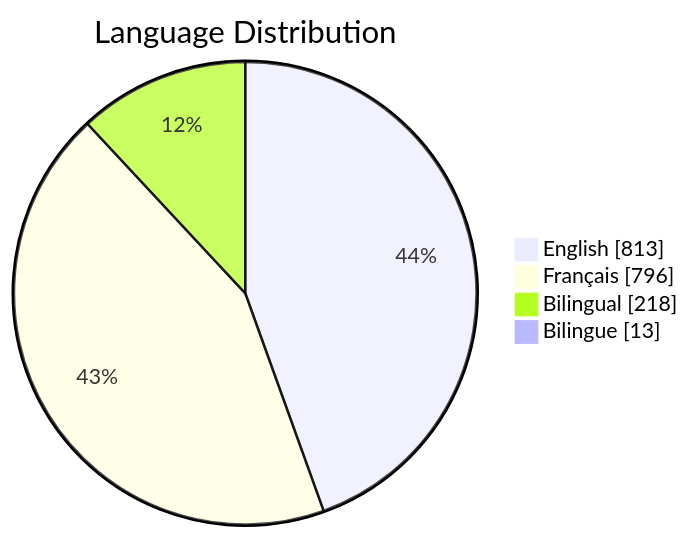
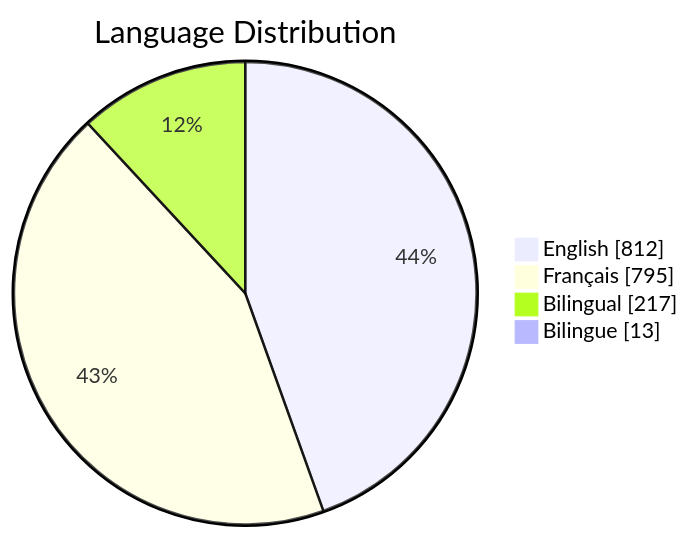
Before and after one commit to PatLittle/GC-Socials: the third of 6 diagrams in README.md, drawn with Mermaid. The commit also changed other lines of this file, not shown here.

Commit message:
Update README with Platform Distribution pie chart

````diff
--- a/README.md
+++ b/README.md
@@ -65,7 +65,7 @@
 ```mermaid
 pie showData title Language Distribution
-    "English": 813
-    "Français": 796
-    "Bilingual": 218
+    "English": 812
+    "Français": 795
+    "Bilingual": 217
     "Bilingue": 13
 ```
````
